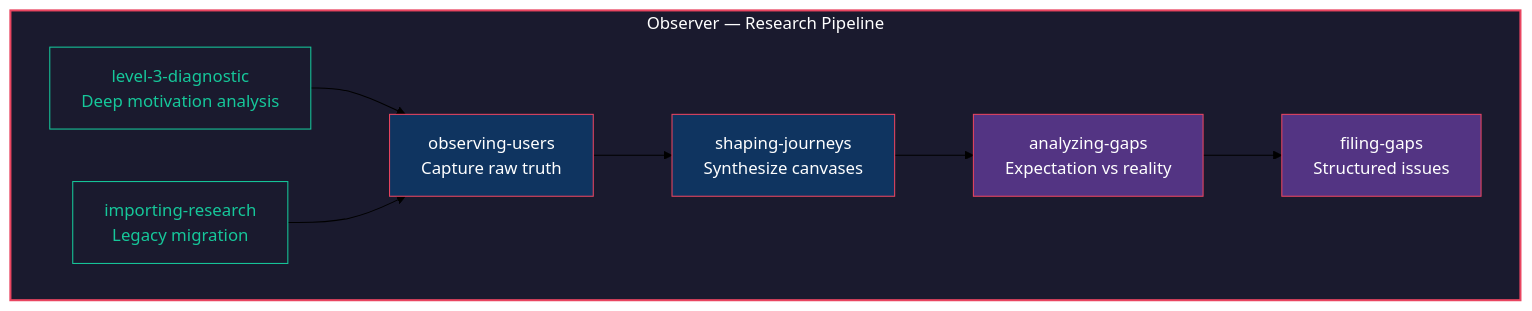
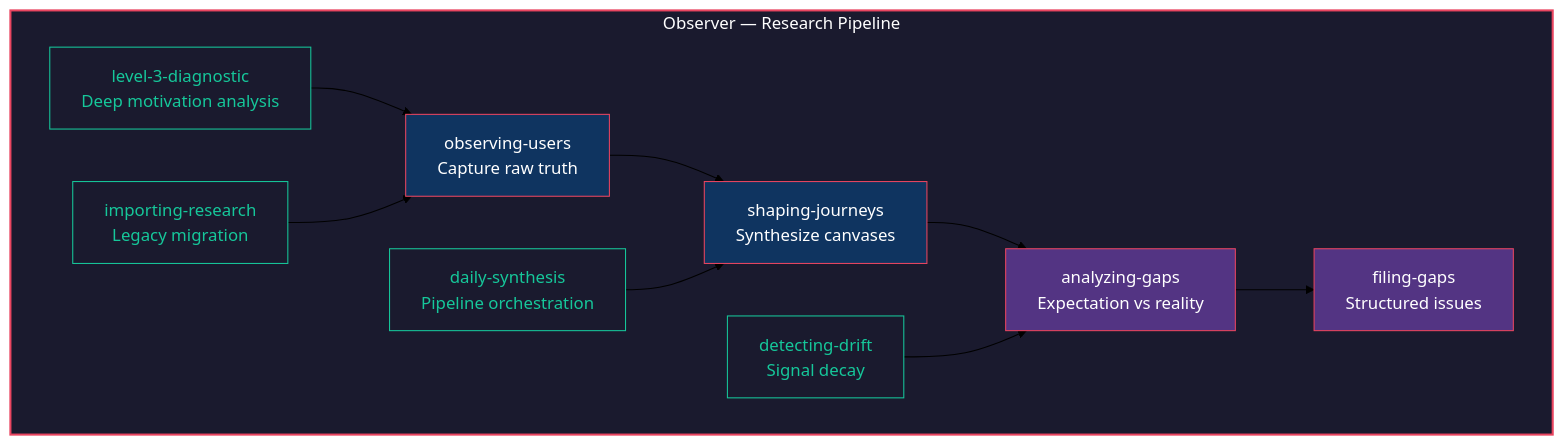
One commit to 0xHoneyJar/construct-beehive changed the diagram in README.md. Above: the diagram before and after it, drawn with Mermaid (forest theme). The commit also changed other lines of this file and 49 other files, not shown here.

````diff
--- a/README.md
+++ b/README.md
@@ -7,19 +7,23 @@
 ```mermaid
 graph LR
     subgraph Observer["Observer — Research Pipeline"]
         direction LR
         A["observing-users<br/>Capture raw truth"] --> B["shaping-journeys<br/>Synthesize canvases"]
         B --> C["analyzing-gaps<br/>Expectation vs reality"]
         C --> D["filing-gaps<br/>Structured issues"]
         E["level-3-diagnostic<br/>Deep motivation analysis"] --> A
         F["importing-research<br/>Legacy migration"] --> A
+        G["detecting-drift<br/>Signal decay"] --> C
+        H["daily-synthesis<br/>Pipeline orchestration"] --> B
     end
 
     style Observer fill:#1a1a2e,stroke:#e94560,stroke-width:2px,color:#fff
     style A fill:#0f3460,stroke:#e94560,color:#fff
     style B fill:#0f3460,stroke:#e94560,color:#fff
     style C fill:#533483,stroke:#e94560,color:#fff
     style D fill:#533483,stroke:#e94560,color:#fff
     style E fill:#1a1a2e,stroke:#16c79a,color:#16c79a
     style F fill:#1a1a2e,stroke:#16c79a,color:#16c79a
+    style G fill:#1a1a2e,stroke:#16c79a,color:#16c79a
+    style H fill:#1a1a2e,stroke:#16c79a,color:#16c79a
 ```
````
